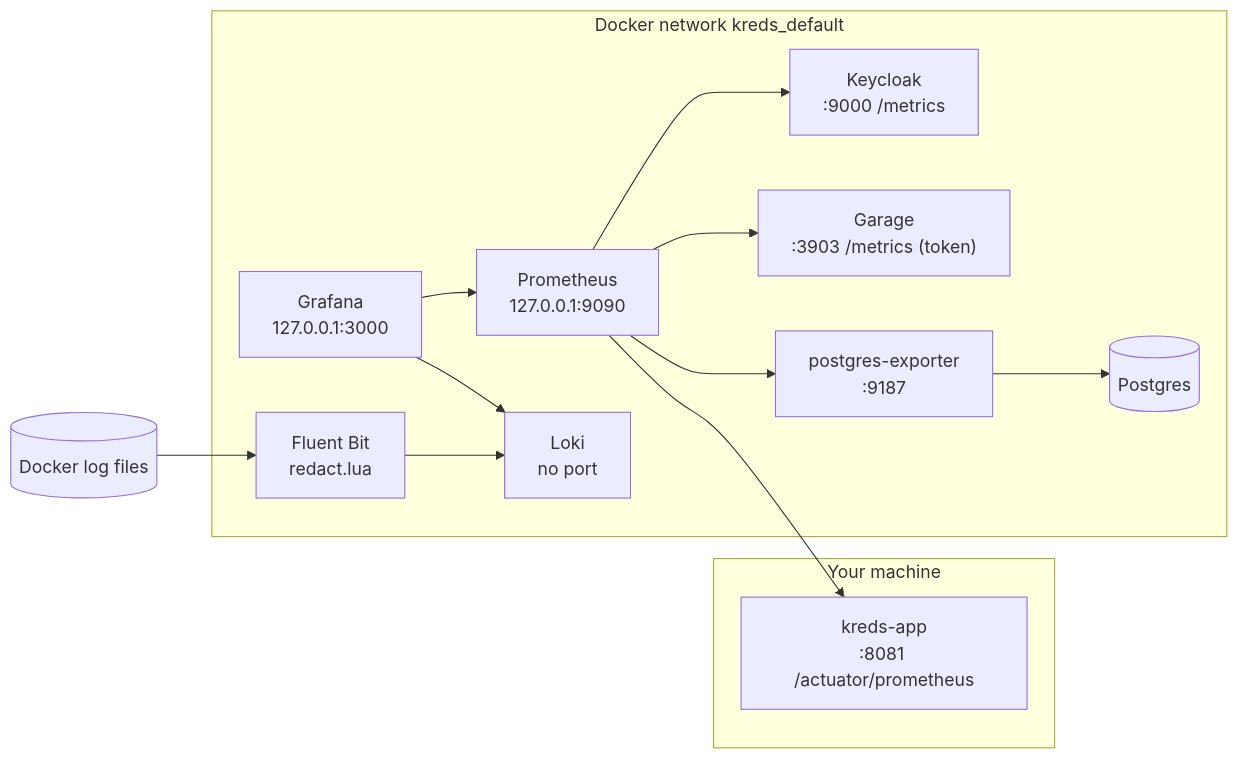
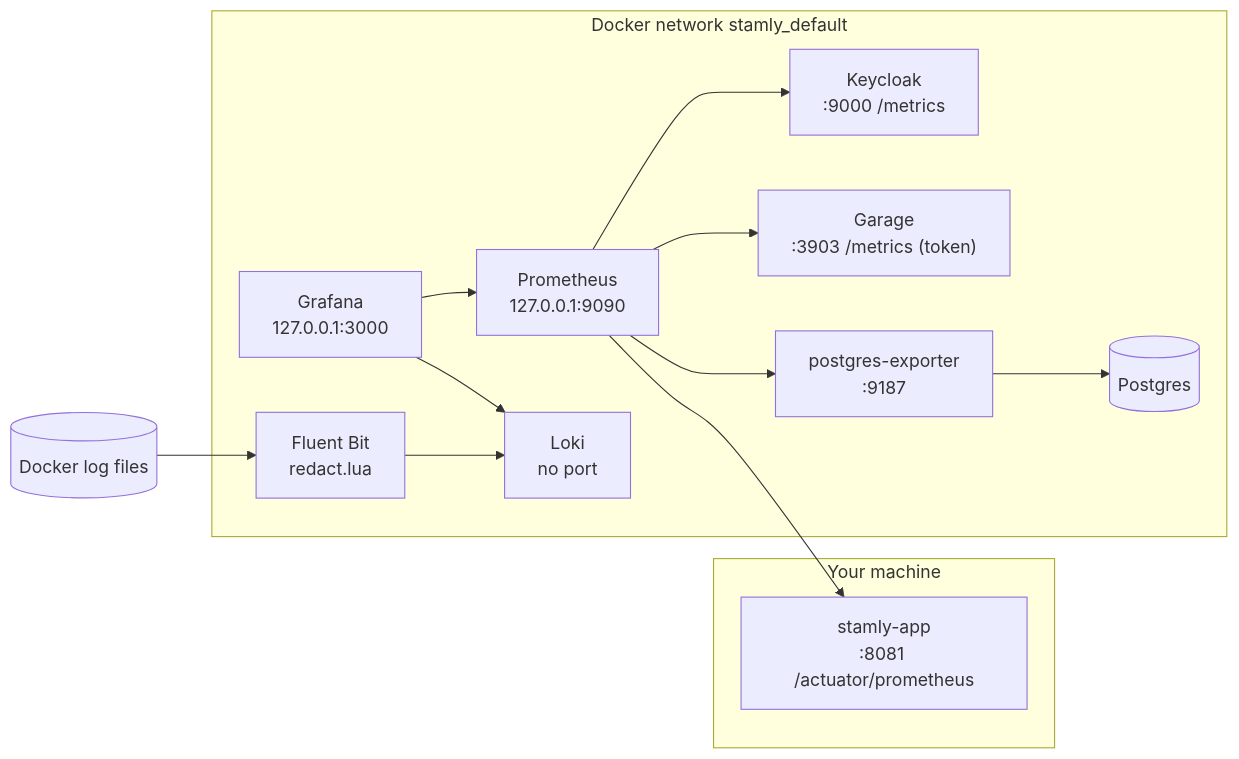
The diagram in docs/operations/monitoring.md (projectlinden/linden), drawn with Mermaid before and after one commit. The commit also changed other lines of this file and 20 other files, not shown here.

Commit message:
chore: rename kreds to stamly (maven, packages, keycloak, postgres, docker, monitoring, docs)

````diff
--- a/docs/operations/monitoring.md
+++ b/docs/operations/monitoring.md
@@ -9,22 +9,22 @@
 ```mermaid
 flowchart LR
     subgraph host["Your machine"]
-        app["kreds-app<br/>:8081 /actuator/prometheus"]
+        app["stamly-app<br/>:8081 /actuator/prometheus"]
     end
-    subgraph docker["Docker network kreds_default"]
+    subgraph docker["Docker network stamly_default"]
         kc["Keycloak<br/>:9000 /metrics"]
         garage["Garage<br/>:3903 /metrics (token)"]
         pgx["postgres-exporter<br/>:9187"] --> pg[("Postgres")]
         prom["Prometheus<br/>127.0.0.1:9090"]
         grafana["Grafana<br/>127.0.0.1:3000"]
         fb["Fluent Bit<br/>redact.lua"]
         loki["Loki<br/>no port"]
     end
     logs[("Docker log files")] --> fb --> loki
     grafana --> prom
     grafana --> loki
     prom --> app
     prom --> kc
     prom --> garage
     prom --> pgx
 ```
````
